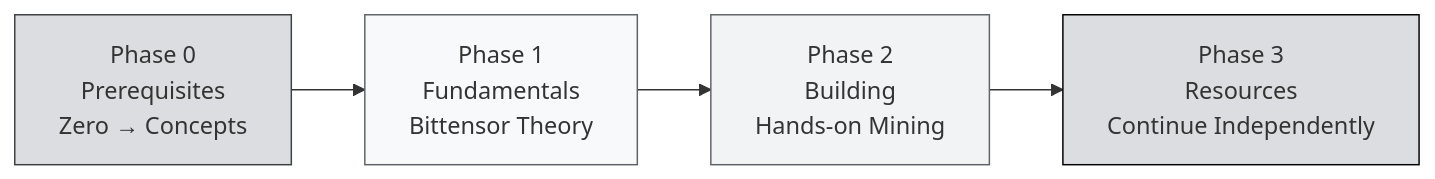
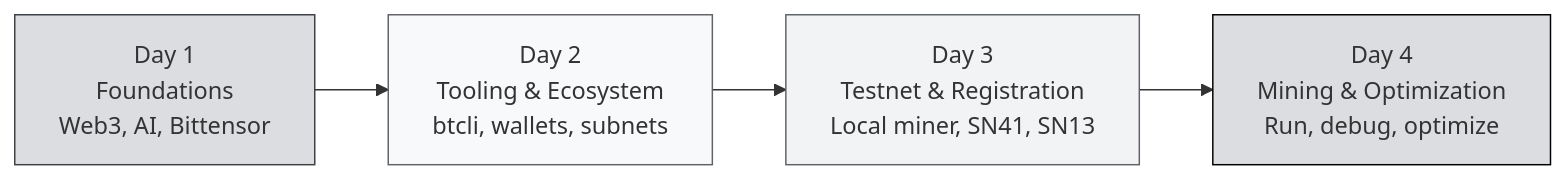
The diagram in docs/00-overview.md (abhirupinspace/India-Bittensor-colearning), drawn with Mermaid before and after one commit. The commit also changed other lines of this file and 81 other files, not shown here.

````diff
--- a/docs/00-overview.md
+++ b/docs/00-overview.md
@@ -41,11 +40,11 @@
 ```mermaid
 flowchart LR
-    A[Phase 0<br/>Prerequisites<br/>Zero → Concepts] --> B[Phase 1<br/>Fundamentals<br/>Bittensor Theory]
-    B --> C[Phase 2<br/>Building<br/>Hands-on Mining]
-    C --> D[Phase 3<br/>Resources<br/>Continue Independently]
+    A[Day 1<br/>Foundations<br/>Web3, AI, Bittensor] --> B[Day 2<br/>Tooling & Ecosystem<br/>btcli, wallets, subnets]
+    B --> C[Day 3<br/>Testnet & Registration<br/>Local miner, SN41, SN13]
+    C --> D[Day 4<br/>Mining & Optimization<br/>Run, debug, optimize]
 
     style A fill:#DBDDE1,stroke:#3C4043
     style B fill:#F8F9FA,stroke:#5F6368
     style C fill:#F1F3F4,stroke:#5F6368
     style D fill:#DBDDE1,stroke:#000000
 ```
````
